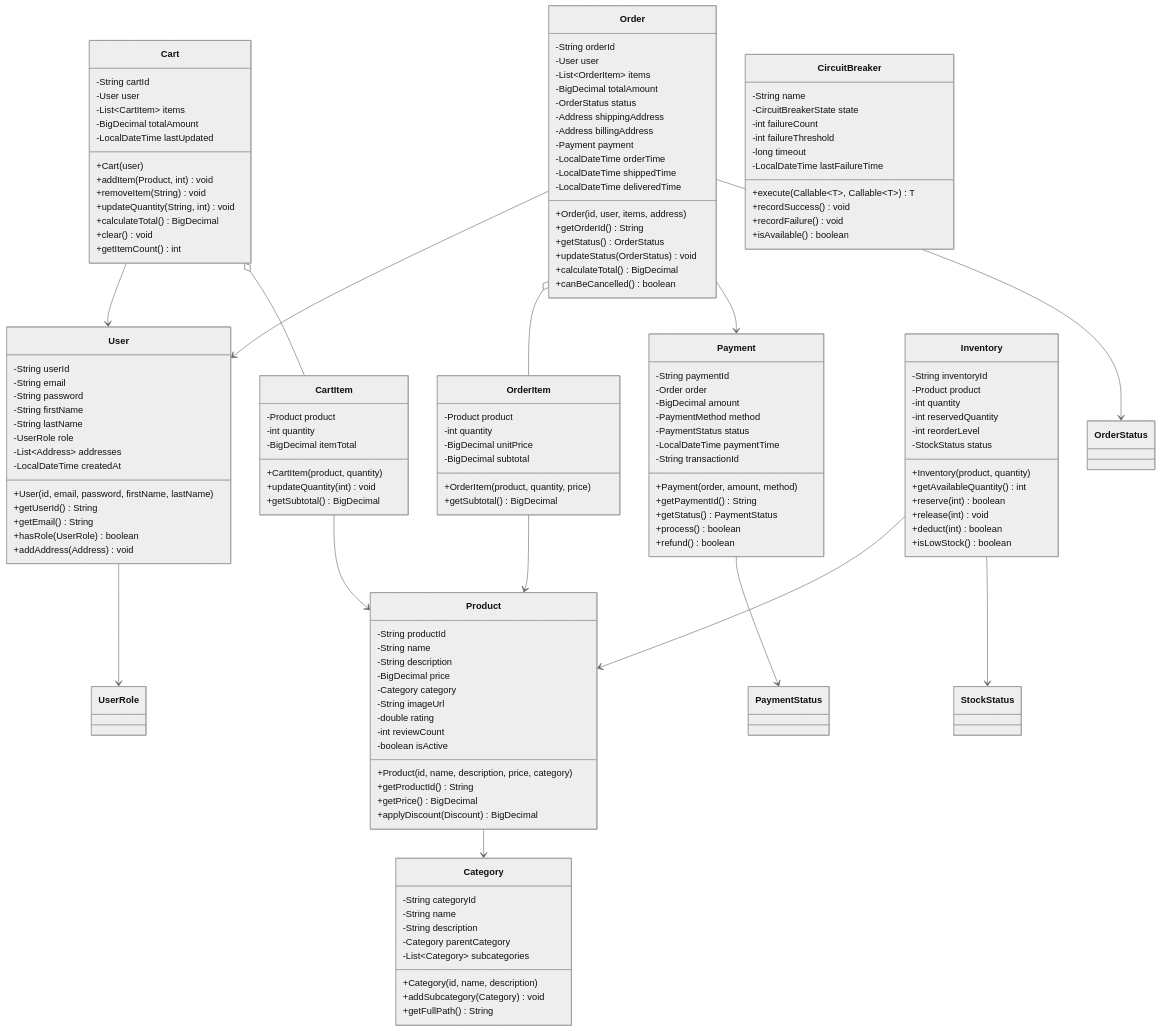
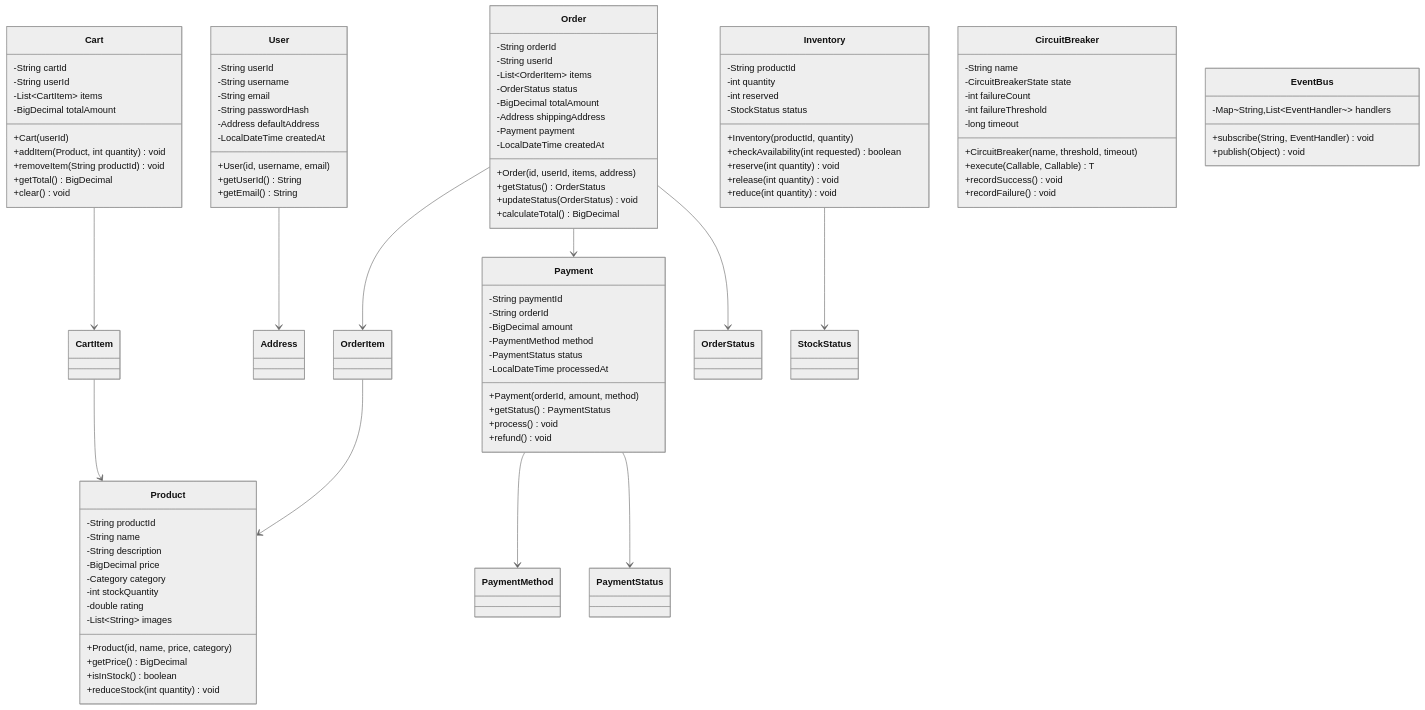
Before and after one commit to javaengineeringacademy/java-engineering-academy: the second of 2 diagrams in 01-programming-languages/Java/02-oop/33-mini-projects/enterprise/e-commerce-platform/README.md, drawn with Mermaid (neutral theme). The commit also changed other lines of this file and 48 other files, not shown here.

First line of the commit message:
fix: final polish for 10/10 - split long READMEs, fix duplicates, add diagrams

````diff
--- a/01-programming-languages/Java/02-oop/33-mini-projects/enterprise/e-commerce-platform/README.md
+++ b/01-programming-languages/Java/02-oop/33-mini-projects/enterprise/e-commerce-platform/README.md
@@ -188,18 +170,14 @@
 classDiagram
     class User {
         -String userId
+        -String username
         -String email
-        -String password
-        -String firstName
-        -String lastName
-        -UserRole role
-        -List~Address~ addresses
+        -String passwordHash
+        -Address defaultAddress
         -LocalDateTime createdAt
-        +User(id, email, password, firstName, lastName)
+        +User(id, username, email)
         +getUserId() String
         +getEmail() String
-        +hasRole(UserRole) boolean
-        +addAddress(Address) void
     }
     
     class Product {
@@ -208,108 +186,65 @@
         -String description
         -BigDecimal price
         -Category category
-        -String imageUrl
+        -int stockQuantity
         -double rating
-        -int reviewCount
-        -boolean isActive
-        +Product(id, name, description, price, category)
-        +getProductId() String
+        -List~String~ images
+        +Product(id, name, price, category)
         +getPrice() BigDecimal
-        +applyDiscount(Discount) BigDecimal
-    }
-    
-    class Category {
-        -String categoryId
-        -String name
-        -String description
-        -Category parentCategory
-        -List~Category~ subcategories
-        +Category(id, name, description)
-        +addSubcategory(Category) void
-        +getFullPath() String
+        +isInStock() boolean
+        +reduceStock(int quantity) void
     }
     
     class Cart {
         -String cartId
-        -User user
+        -String userId
         -List~CartItem~ items
         -BigDecimal totalAmount
-        -LocalDateTime lastUpdated
-        +Cart(user)
-        +addItem(Product, int) void
-        +removeItem(String) void
-        +updateQuantity(String, int) void
-        +calculateTotal() BigDecimal
+        +Cart(userId)
+        +addItem(Product, int quantity) void
+        +removeItem(String productId) void
+        +getTotal() BigDecimal
         +clear() void
-        +getItemCount() int
-    }
-    
-    class CartItem {
-        -Product product
-        -int quantity
-        -BigDecimal itemTotal
-        +CartItem(product, quantity)
-        +updateQuantity(int) void
-        +getSubtotal() BigDecimal
     }
     
     class Order {
         -String orderId
-        -User user
+        -String userId
         -List~OrderItem~ items
+        -OrderStatus status
         -BigDecimal totalAmount
-        -OrderStatus status
         -Address shippingAddress
-        -Address billingAddress
         -Payment payment
-        -LocalDateTime orderTime
-        -LocalDateTime shippedTime
-        -LocalDateTime deliveredTime
-        +Order(id, user, items, address)
-        +getOrderId() String
+        -LocalDateTime createdAt
+        +Order(id, userId, items, address)
         +getStatus() OrderStatus
         +updateStatus(OrderStatus) void
         +calculateTotal() BigDecimal
-        +canBeCancelled() boolean
-    }
-    
-    class OrderItem {
-        -Product product
-        -int quantity
-        -BigDecimal unitPrice
-        -BigDecimal subtotal
-        +OrderItem(product, quantity, price)
-        +getSubtotal() BigDecimal
     }
     
     class Payment {
         -String paymentId
-        -Order order
+        -String orderId
         -BigDecimal amount
         -PaymentMethod method
         -PaymentStatus status
-        -LocalDateTime paymentTime
-        -String transactionId
-        +Payment(order, amount, method)
-        +getPaymentId() String
+        -LocalDateTime processedAt
+        +Payment(orderId, amount, method)
         +getStatus() PaymentStatus
-        +process() boolean
-        +refund() boolean
+        +process() void
+        +refund() void
     }
     
     class Inventory {
-        -String inventoryId
-        -Product product
+        -String productId
         -int quantity
-        -int reservedQuantity
-        -int reorderLevel
+        -int reserved
         -StockStatus status
-        +Inventory(product, quantity)
-        +getAvailableQuantity() int
-        +reserve(int) boolean
-        +release(int) void
-        +deduct(int) boolean
-        +isLowStock() boolean
+        +Inventory(productId, quantity)
+        +checkAvailability(int requested) boolean
+        +reserve(int quantity) void
+        +release(int quantity) void
+        +reduce(int quantity) void
     }
     
     class CircuitBreaker {
@@ -318,24 +253,26 @@
         -int failureCount
         -int failureThreshold
         -long timeout
-        -LocalDateTime lastFailureTime
-        +execute(Callable~T~, Callable~T~) T
+        +CircuitBreaker(name, threshold, timeout)
+        +execute(Callable, Callable) T
         +recordSuccess() void
         +recordFailure() void
-        +isAvailable() boolean
     }
     
-    User --> UserRole
-    Product --> Category
-    Cart --> User
-    Cart o-- CartItem
+    class EventBus {
+        -Map~String,List~EventHandler~~ handlers
+        +subscribe(String, EventHandler) void
+        +publish(Object) void
+    }
+    
+    User --> Address
+    Cart --> CartItem
     CartItem --> Product
-    Order --> User
-    Order o-- OrderItem
+    Order --> OrderItem
+    Order --> OrderStatus
+    Order --> Payment
     OrderItem --> Product
-    Order --> Payment
-    Order --> OrderStatus
+    Payment --> PaymentMethod
     Payment --> PaymentStatus
-    Inventory --> Product
     Inventory --> StockStatus
 ```
````
